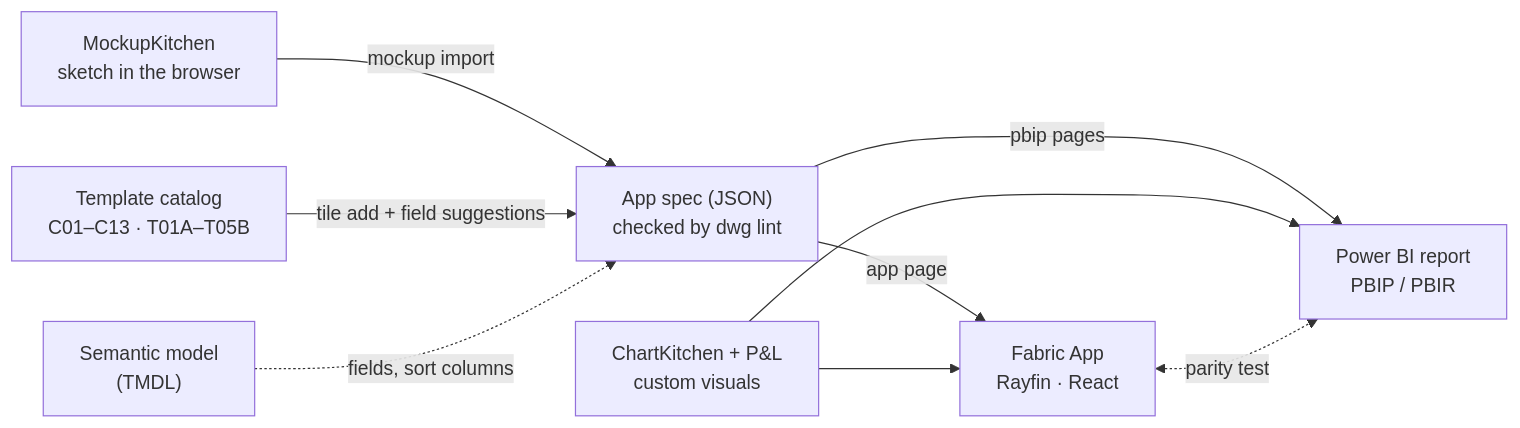
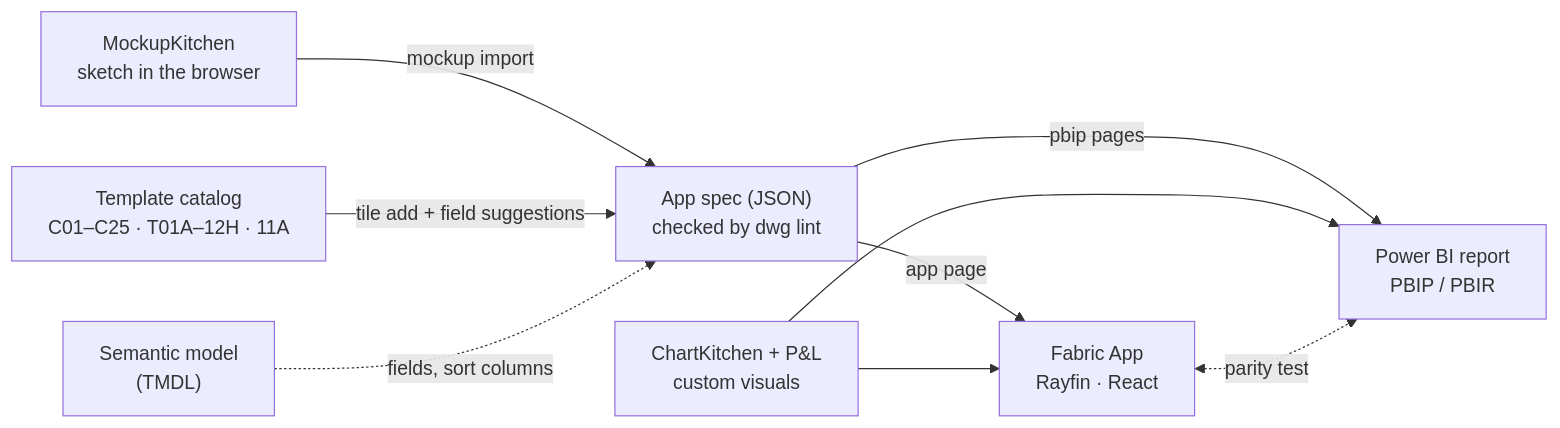
Before and after one commit to Losveratos/dwg-cli: the diagram in README.md, drawn with Mermaid. The commit also changed other lines of this file and 6 other files, not shown here.

````diff
--- a/README.md
+++ b/README.md
@@ -32,12 +32,12 @@
 ```mermaid
 flowchart LR
     SPEC["App spec (JSON)<br/>checked by dwg lint"]
     MK["MockupKitchen<br/>sketch in the browser"] -->|mockup import| SPEC
-    CAT["Template catalog<br/>C01–C13 · T01A–T05B"] -->|tile add + field suggestions| SPEC
+    CAT["Template catalog<br/>C01–C25 · T01A–12H · 11A"] -->|tile add + field suggestions| SPEC
     TMDL["Semantic model<br/>(TMDL)"] -.->|fields, sort columns| SPEC
     SPEC -->|app page| APP["Fabric App<br/>Rayfin · React"]
     SPEC -->|pbip pages| PBI["Power BI report<br/>PBIP / PBIR"]
     VIS["ChartKitchen + P#amp;L<br/>custom visuals"] --> APP
     VIS --> PBI
     APP <-.->|parity test| PBI
 ```
````
